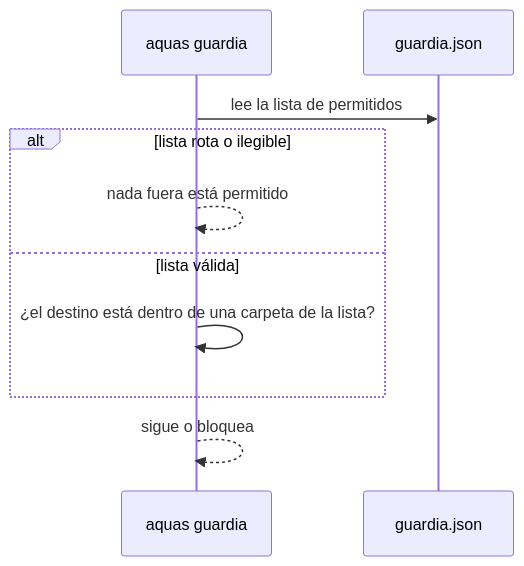
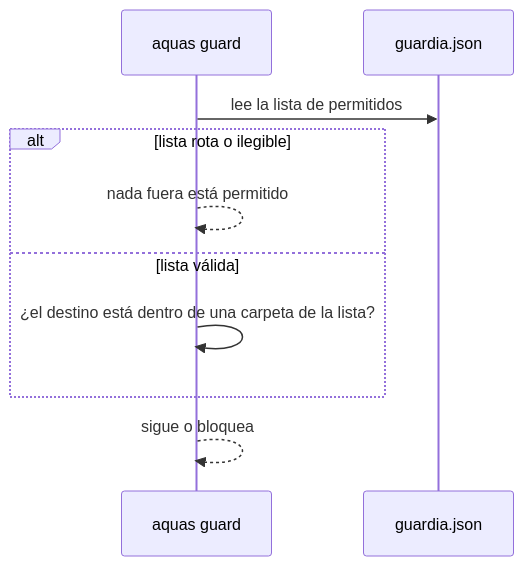
Before and after one commit to jliberal-aquas/aquas-central-harness-government: the first of 2 diagrams in docs/E000/F001/S002.md, drawn with Mermaid. The commit also changed other lines of this file and 184 other files, not shown here.

````diff
--- a/docs/E000/F001/S002.md
+++ b/docs/E000/F001/S002.md
@@ -41,12 +41,12 @@
 ```mermaid
 sequenceDiagram
-    participant G as aquas guardia
+    participant G as aquas guard
     participant L as guardia.json
     G->>L: lee la lista de permitidos
     alt lista rota o ilegible
         G-->>G: nada fuera está permitido
     else lista válida
         G->>G: ¿el destino está dentro de una carpeta de la lista?
     end
     G-->>G: sigue o bloquea
 ```
````
